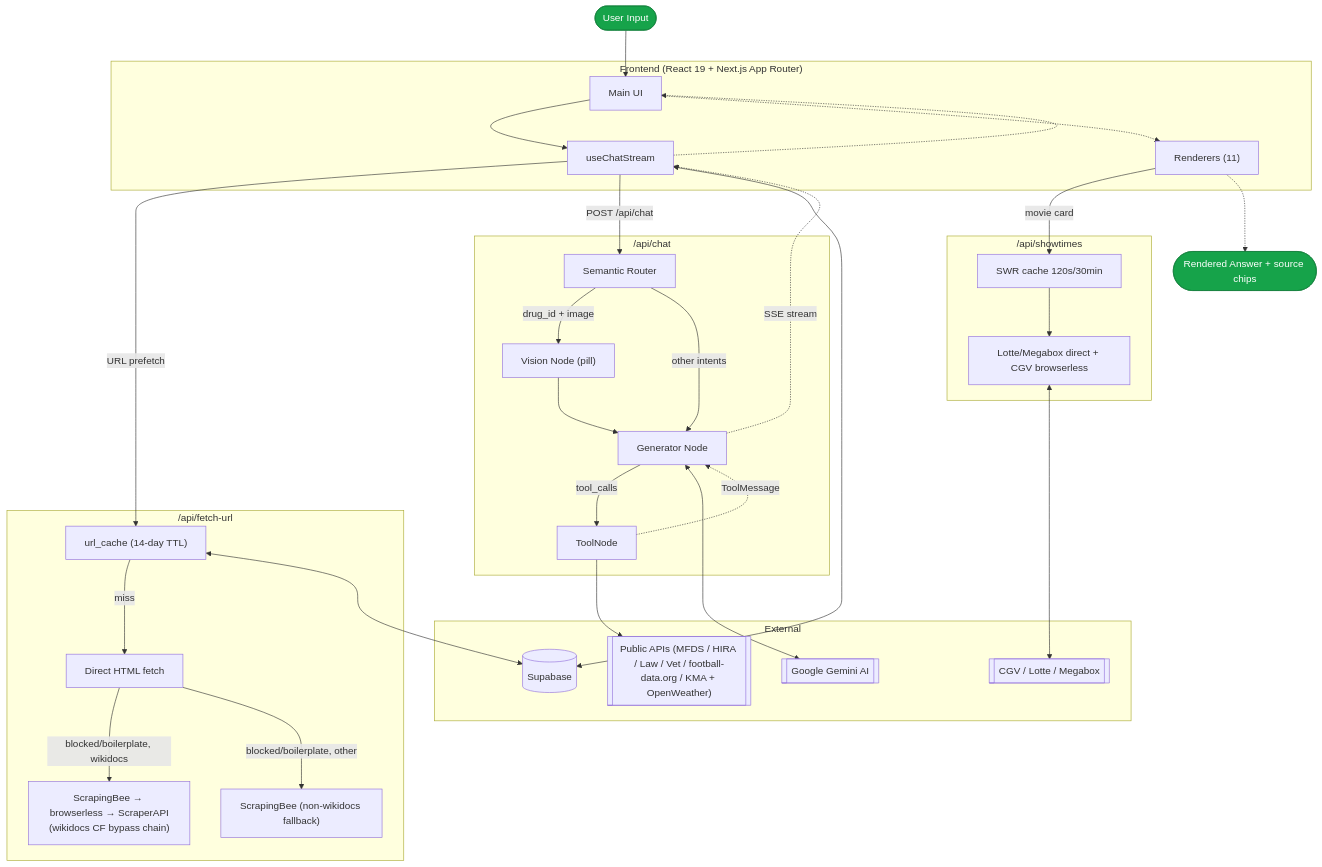
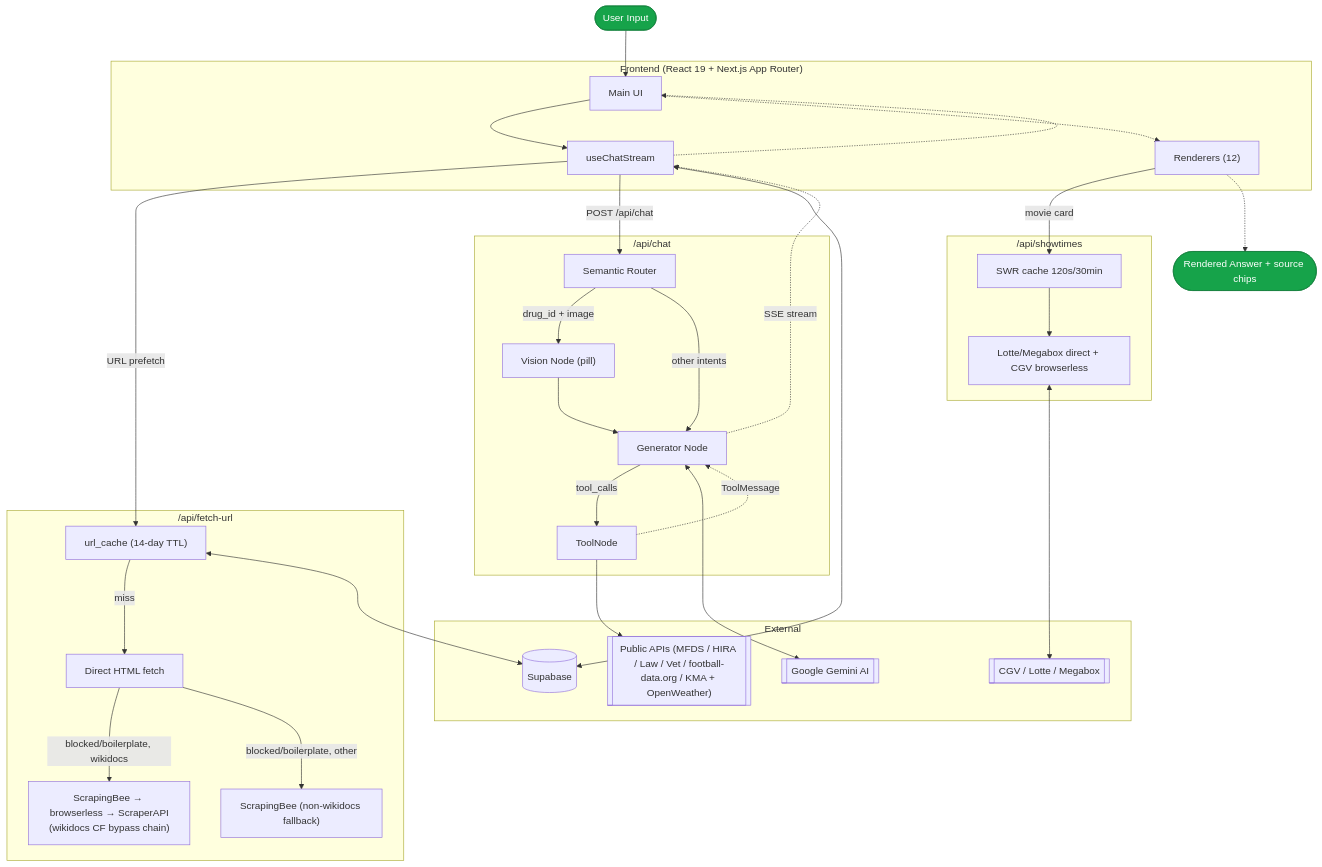
Before and after one commit to jpjp92/chat-agent: the first of 2 diagrams in README.md, drawn with Mermaid. The commit also changed other lines of this file and 6 other files, not shown here.

````diff
--- a/README.md
+++ b/README.md
@@ -64,56 +65,56 @@
 ```mermaid
 flowchart TB
     In([User Input])
 
     subgraph Frontend ["Frontend (React 19 + Next.js App Router)"]
         UI[Main UI]
         Stream[useChatStream]
-        Renderers["Renderers (11)"]
+        Renderers["Renderers (12)"]
     end
 
     subgraph FetchAPI ["/api/fetch-url"]
         URLCache["url_cache (14-day TTL)"]
         Direct["Direct HTML fetch"]
         ScrapingBee["ScrapingBee (non-wikidocs fallback)"]
         CFChain["ScrapingBee → browserless → ScraperAPI\n(wikidocs CF bypass chain)"]
     end
 
     subgraph ChatAPI ["/api/chat"]
         Router["Semantic Router"]
         Vision["Vision Node (pill)"]
         Generator["Generator Node"]
         ToolNode["ToolNode"]
     end
 
     subgraph ShowtimesAPI ["/api/showtimes"]
         SWR["SWR cache 120s/30min"]
         ChainFetch["Lotte/Megabox direct + CGV browserless"]
     end
 
     subgraph External ["External"]
         Gemini[["Google Gemini AI"]]
         Supabase[("Supabase")]
         APIs[["Public APIs (MFDS / HIRA / Law / Vet / football-data.org / KMA + OpenWeather)"]]
         Multiplex[["CGV / Lotte / Megabox"]]
     end
 
     Out([Rendered Answer + source chips])
 
     In --> UI --> Stream
     Stream -->|URL prefetch| URLCache -->|miss| Direct
     Direct -->|blocked/boilerplate, wikidocs| CFChain
     Direct -->|blocked/boilerplate, other| ScrapingBee
     URLCache <--> Supabase
     Stream -->|POST /api/chat| Router
     Router -->|drug_id + image| Vision --> Generator
     Router -->|other intents| Generator
     Generator -->|tool_calls| ToolNode --> APIs
     Renderers -->|movie card| SWR --> ChainFetch <--> Multiplex
     Generator <--> Gemini
     ToolNode -.->|ToolMessage| Generator
     Generator -.->|SSE stream| Stream -.-> UI -.-> Renderers -.-> Out
     Stream <--> Supabase
 
     classDef io fill:#16a34a,stroke:#15803d,color:#fff;
     class In,Out io;
 ```
````
